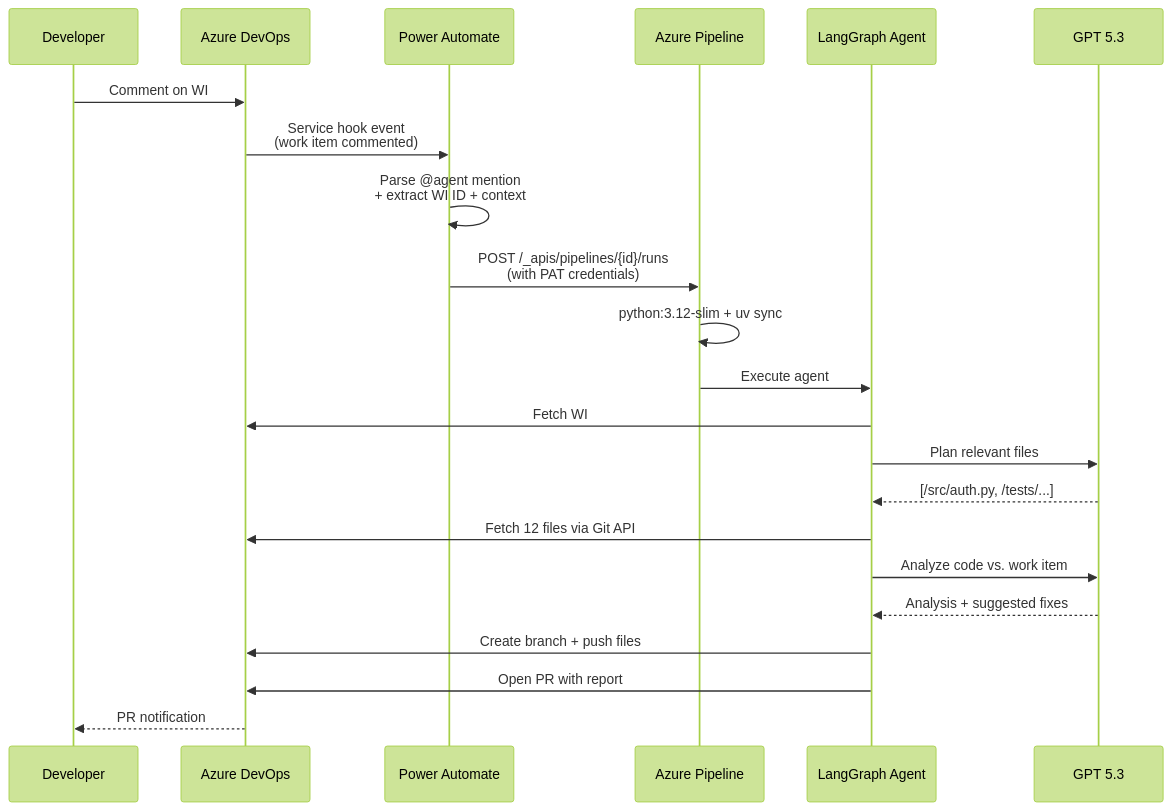
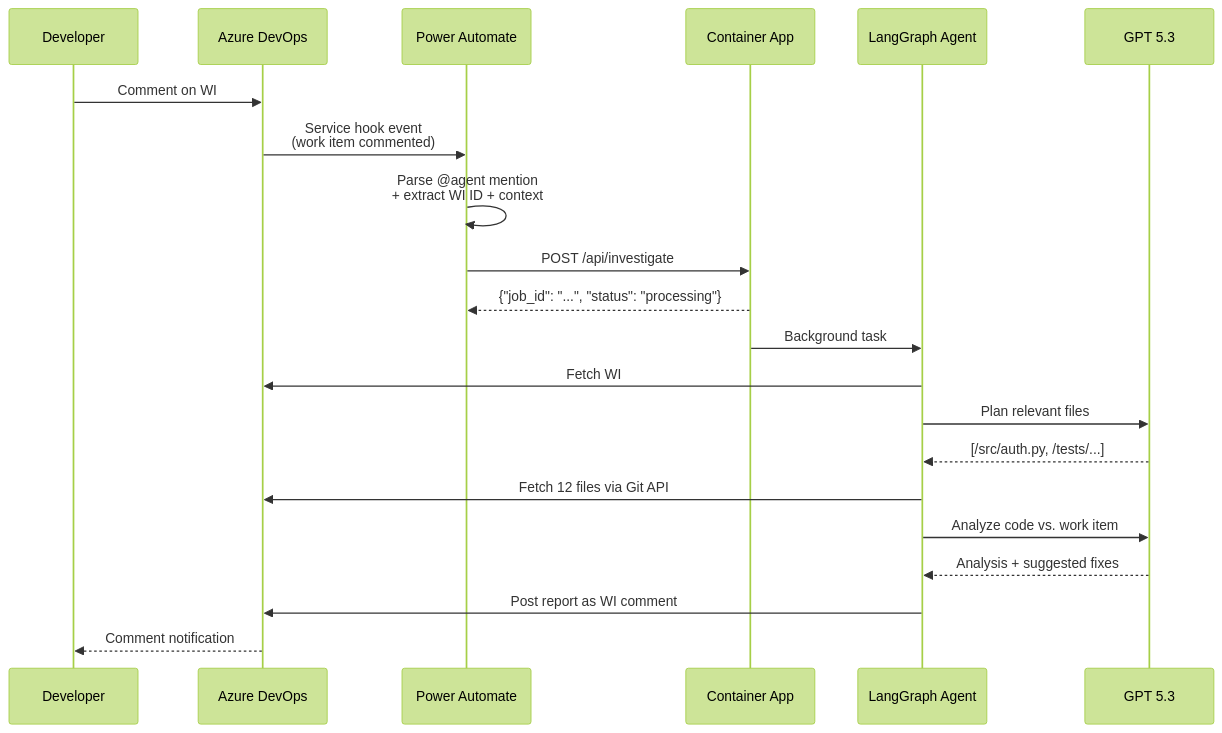
One commit to victorvos/devops_agent changed the fifth of 7 diagrams in README.md. Above: the diagram before and after it, drawn with Mermaid (forest theme). The commit also changed other lines of this file and 28 other files, not shown here.

First line of the commit message:
Slim down to lightweight Container App deployment

````diff
--- a/README.md
+++ b/README.md
@@ -278,25 +260,24 @@
 ```mermaid
 sequenceDiagram
     participant Dev as Developer
     participant ADO as Azure DevOps
     participant PA as Power Automate
-    participant Pipe as Azure Pipeline
+    participant App as Container App
     participant Agent as LangGraph Agent
     participant LLM as GPT 5.3
 
     Dev->>ADO: Comment on WI #1234:<br/>"@agent investigate the auth bug"
     ADO->>PA: Service hook event<br/>(work item commented)
     PA->>PA: Parse @agent mention<br/>+ extract WI ID + context
-    PA->>Pipe: POST /_apis/pipelines/{id}/runs<br/>(with PAT credentials)
-    Pipe->>Pipe: python:3.12-slim + uv sync
-    Pipe->>Agent: Execute agent
+    PA->>App: POST /api/investigate
+    App-->>PA: {"job_id": "...", "status": "processing"}
+    App->>Agent: Background task
     Agent->>ADO: Fetch WI #1234 details
     Agent->>LLM: Plan relevant files
     LLM-->>Agent: [/src/auth.py, /tests/...]
     Agent->>ADO: Fetch 12 files via Git API
     Agent->>LLM: Analyze code vs. work item
     LLM-->>Agent: Analysis + suggested fixes
-    Agent->>ADO: Create branch + push files
-    Agent->>ADO: Open PR with report
-    ADO-->>Dev: PR notification
+    Agent->>ADO: Post report as WI comment
+    ADO-->>Dev: Comment notification
 ```
````
